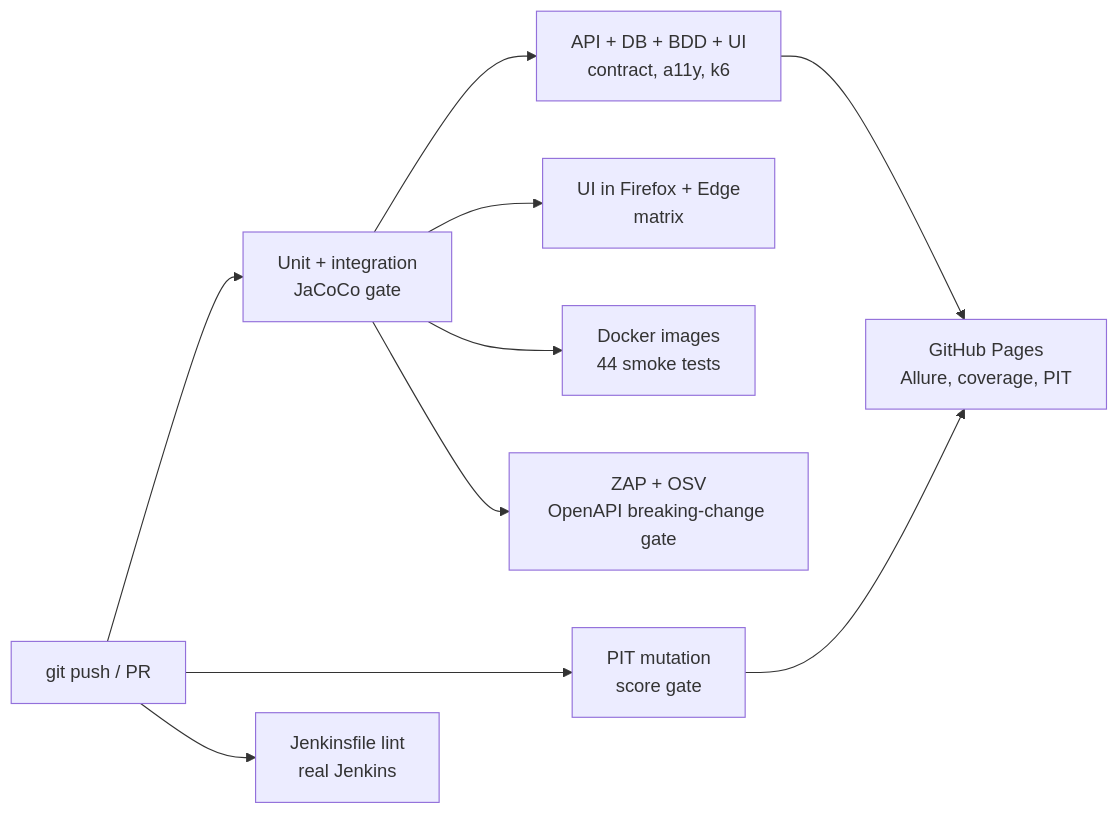
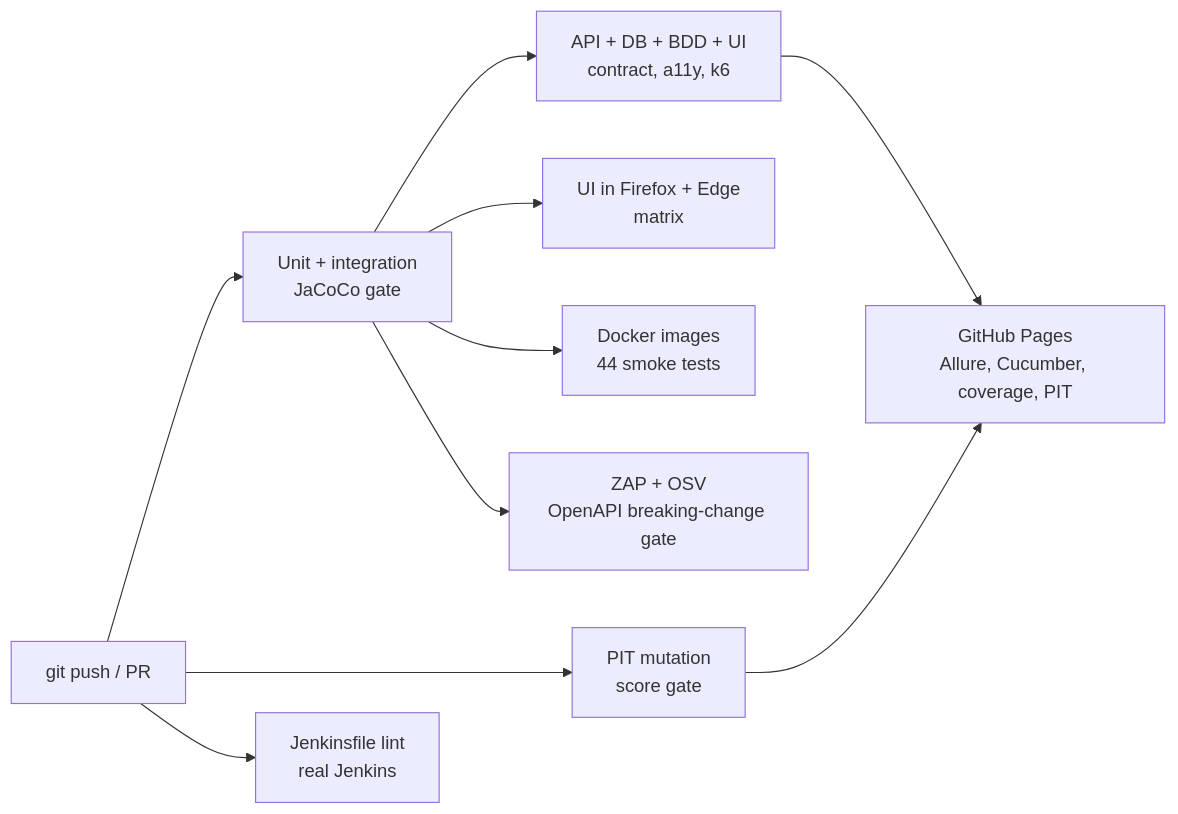
The second of 2 diagrams in README.md (rbchy/RbcTcsWorld), drawn with Mermaid before and after one commit. The commit also changed other lines of this file, not shown here.

First line of the commit message:
README: Cucumber report link, reports index, new numbers (1230 tests, 60 Cucumber scenarios)

````diff
--- a/README.md
+++ b/README.md
@@ -126,12 +126,12 @@
 ```mermaid
 flowchart LR
   push[git push / PR] --> unit[Unit + integration<br/>JaCoCo gate]
   push --> pit[PIT mutation<br/>score gate]
   push --> lint[Jenkinsfile lint<br/>real Jenkins]
   unit --> e2e[API + DB + BDD + UI<br/>contract, a11y, k6]
   unit --> xb[UI in Firefox + Edge<br/>matrix]
   unit --> docker[Docker images<br/>44 smoke tests]
   unit --> sec[ZAP + OSV<br/>OpenAPI breaking-change gate]
-  e2e --> pages[GitHub Pages<br/>Allure, coverage, PIT]
+  e2e --> pages[GitHub Pages<br/>Allure, Cucumber, coverage, PIT]
   pit --> pages
 ```
````
